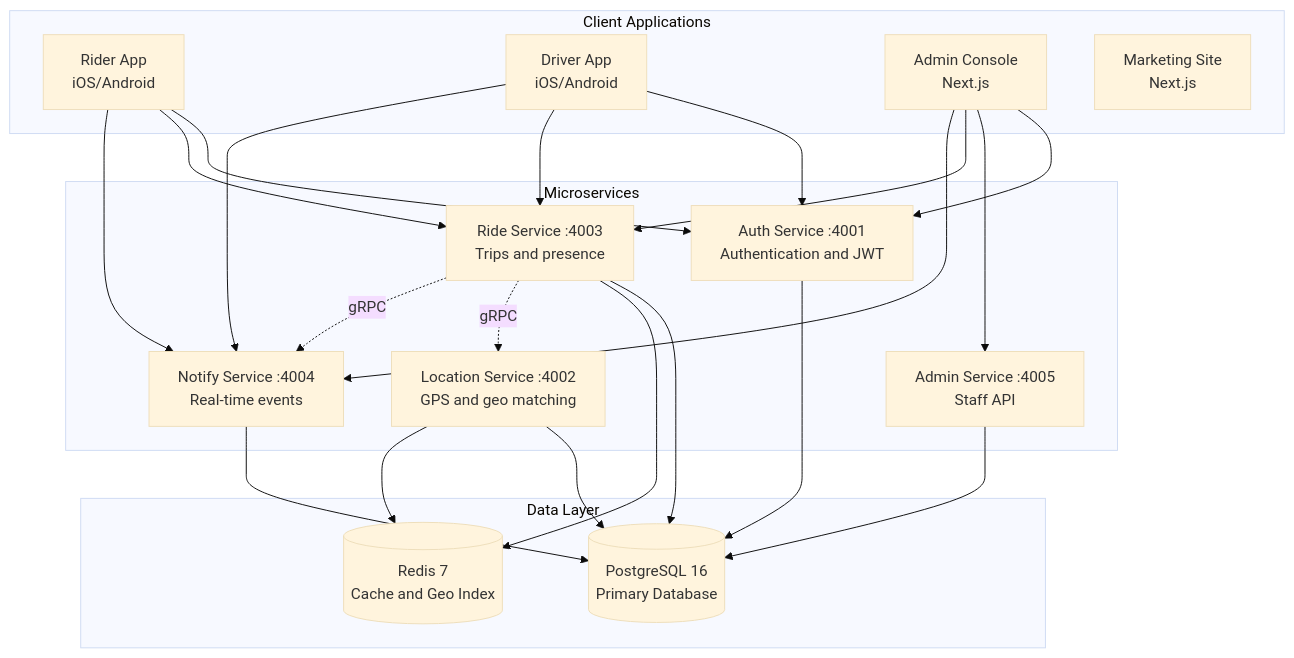
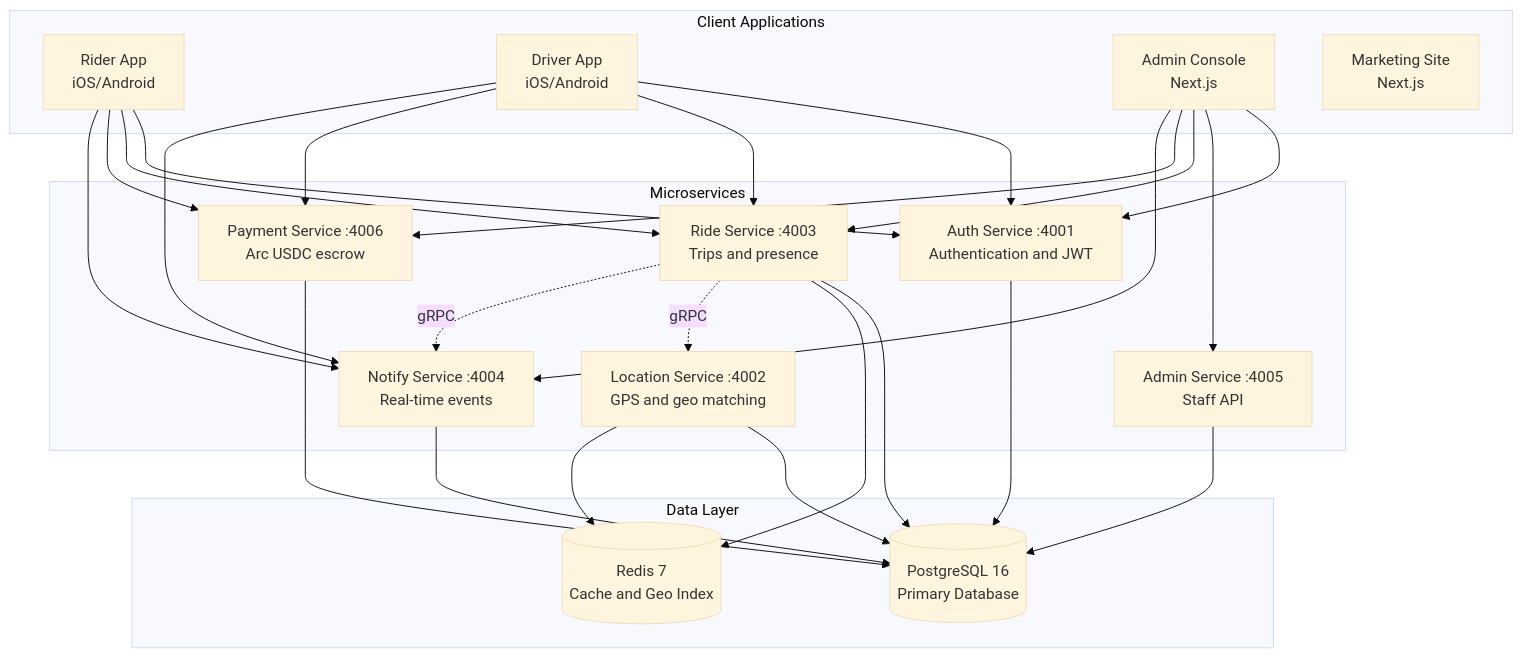
One commit to 13x54n/Eve changed the diagram in README.md. Above: the diagram before and after it, drawn with Mermaid (base theme). The commit also changed other lines of this file and 17 other files, not shown here.

First line of the commit message:
Document payment service, Arc USDC escrow, and six-process layout

````diff
--- a/README.md
+++ b/README.md
@@ -93,43 +94,48 @@
 ```mermaid
 graph TB
     subgraph Clients["Client Applications"]
         Rider[Rider App<br/>iOS/Android]
         Driver[Driver App<br/>iOS/Android]
         Admin[Admin Console<br/>Next.js]
         WWW[Marketing Site<br/>Next.js]
     end
 
     subgraph Services["Microservices"]
         Auth[Auth Service :4001<br/>Authentication and JWT]
         Location[Location Service :4002<br/>GPS and geo matching]
         Ride[Ride Service :4003<br/>Trips and presence]
         Notify[Notify Service :4004<br/>Real-time events]
         AdminApi[Admin Service :4005<br/>Staff API]
+        Payment[Payment Service :4006<br/>Arc USDC escrow]
     end
 
     subgraph Data["Data Layer"]
         PG[(PostgreSQL 16<br/>Primary Database)]
         RD[(Redis 7<br/>Cache and Geo Index)]
     end
 
     Rider --> Auth
     Rider --> Ride
+    Rider --> Payment
     Rider --> Notify
     Driver --> Auth
     Driver --> Ride
+    Driver --> Payment
     Driver --> Notify
     Admin --> Auth
     Admin --> AdminApi
     Admin --> Ride
+    Admin --> Payment
     Admin --> Notify
 
     Auth --> PG
     Location --> PG
     Location --> RD
     Ride --> PG
     Ride --> RD
     Ride -.gRPC.-> Location
     Ride -.gRPC.-> Notify
     AdminApi --> PG
+    Payment --> PG
     Notify --> PG
 ```
````
